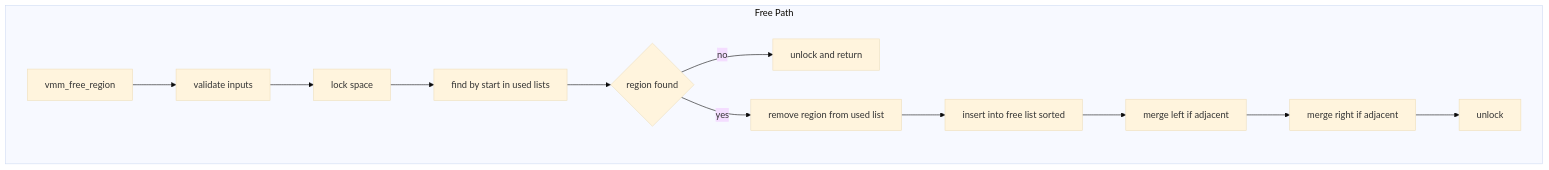
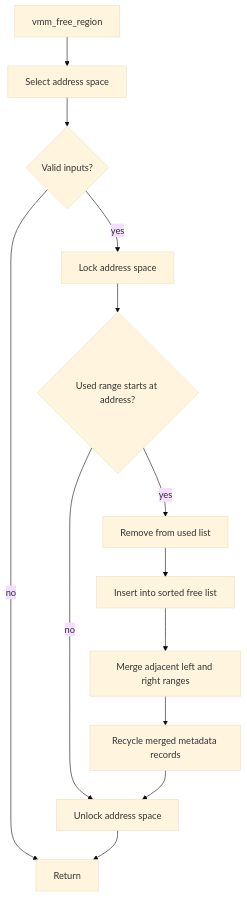
One commit to marwan475/Arx changed the sixth of 11 diagrams in docs/DIAGRAMS.md. Above: the diagram before and after it, drawn with Mermaid (base theme). The commit also changed other lines of this file and 12 other files, not shown here.

Commit message:
update platform diagrams

````diff
--- a/docs/DIAGRAMS.md
+++ b/docs/DIAGRAMS.md
@@ -92,15 +121,17 @@
 ```mermaid
-flowchart TD
-    subgraph Free Path
-        F0[vmm_free_region] --> F1[validate inputs]
-        F1 --> F2[lock space]
-        F2 --> F3[find by start in used lists]
-        F3 --> F4{region found}
-        F4 -- no --> F5[unlock and return]
-        F4 -- yes --> F6[remove region from used list]
-        F6 --> F7[insert into free list sorted]
-        F7 --> F8[merge left if adjacent]
-        F8 --> F9[merge right if adjacent]
-        F9 --> F10[unlock]
-    end
+flowchart TB
+    accTitle: Virtual address reservation release
+    accDescr: Return a reserved address range and merge adjacent free ranges; this does not unmap pages.
+    A[vmm_free_region] --> B[Select address space]
+    B --> C{Valid inputs?}
+    C -- no --> X[Return]
+    C -- yes --> D[Lock address space]
+    D --> E{Used range starts at address?}
+    E -- no --> K[Unlock address space]
+    E -- yes --> F[Remove from used list]
+    F --> G[Insert into sorted free list]
+    G --> H[Merge adjacent left and right ranges]
+    H --> I[Recycle merged metadata records]
+    I --> K
+    K --> X
 ```
````
